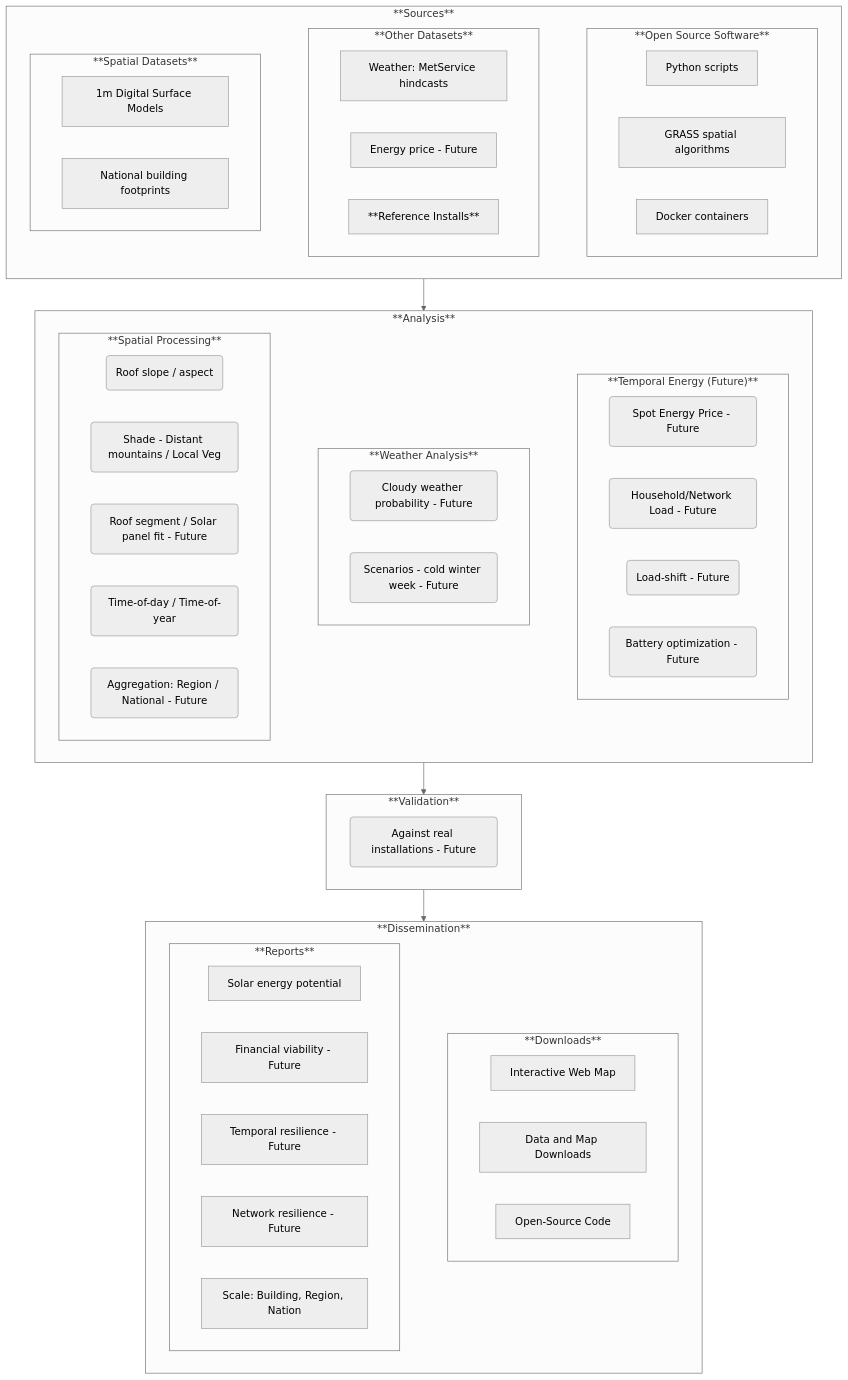
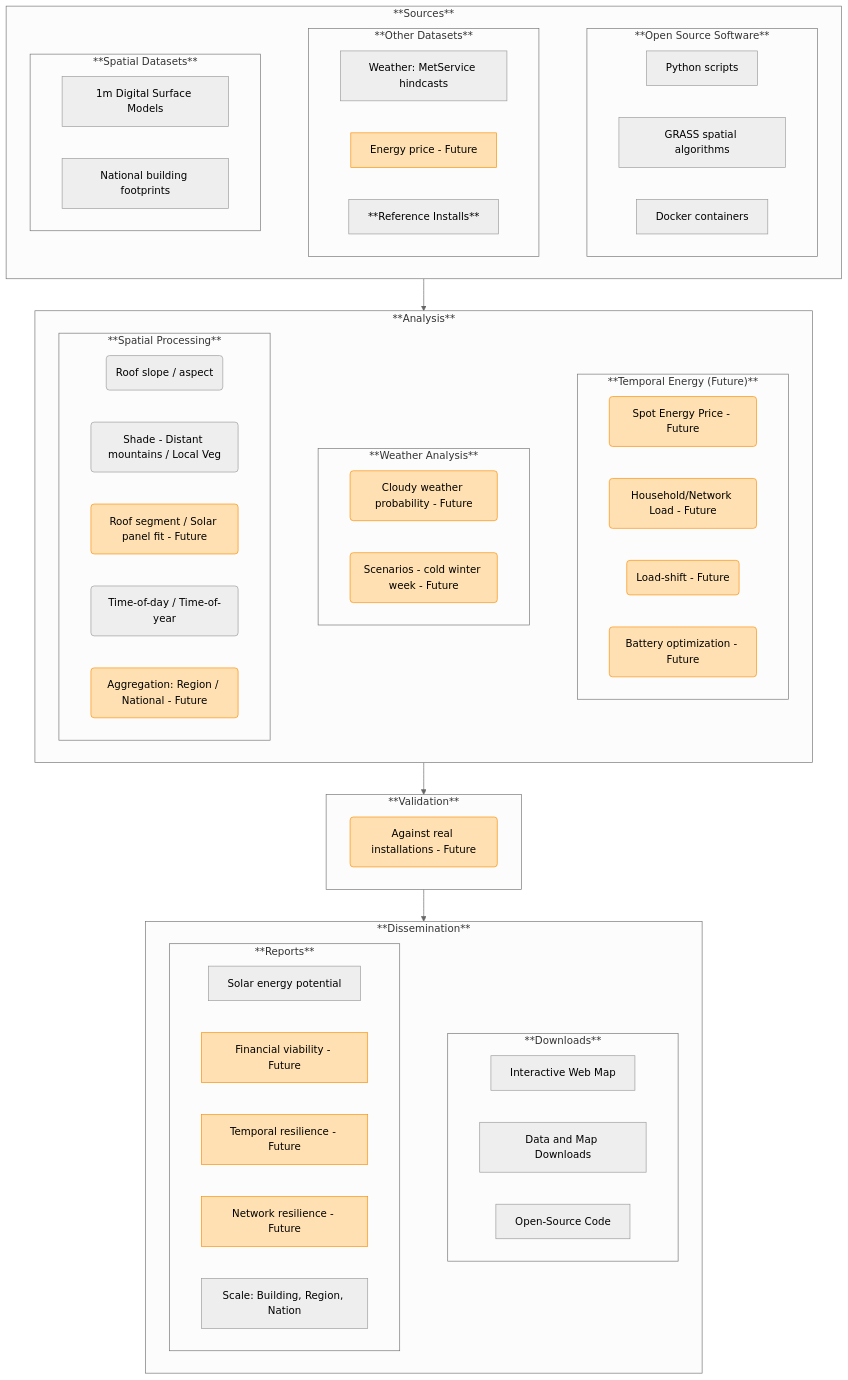
The second of 2 diagrams in docs/developer/design.md (rewiring-nz/solar-estimates), drawn with Mermaid (neutral theme) before and after one commit. The commit also changed other lines of this file and 4 other files, not shown here.

````diff
--- a/docs/developer/design.md
+++ b/docs/developer/design.md
@@ -15,5 +80,8 @@
 ```mermaid
 flowchart TD
+
+    %% Style for Future items (traffic-light amber)
+    classDef future fill:#FFE0B2,stroke:#FB8C00,stroke-width:1px,color:#000;
 
     subgraph A ["**Sources**"]
         
@@ -99,4 +167,7 @@
 
     %% Sequential Flow
     A --> B --> C --> D
+
+    %% Apply Future styling
+    class AB2,BA3,BA5,BB1,BB2,BC1,BC2,BC3,BC4,CA1,DA2,DA3,DA4 future
 ```
````
